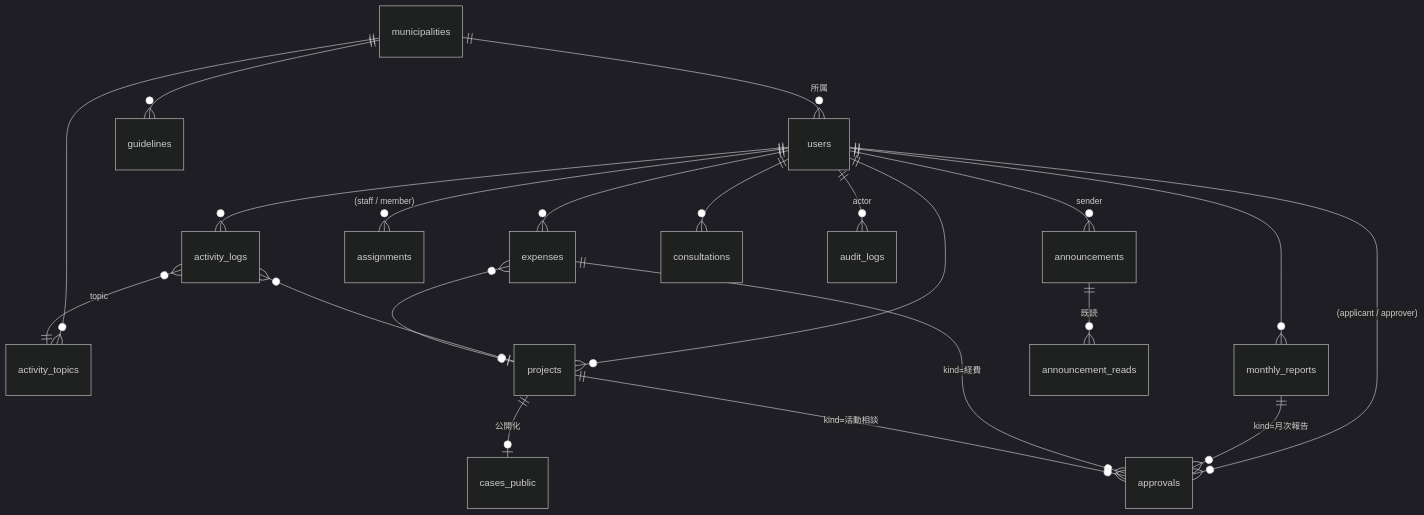
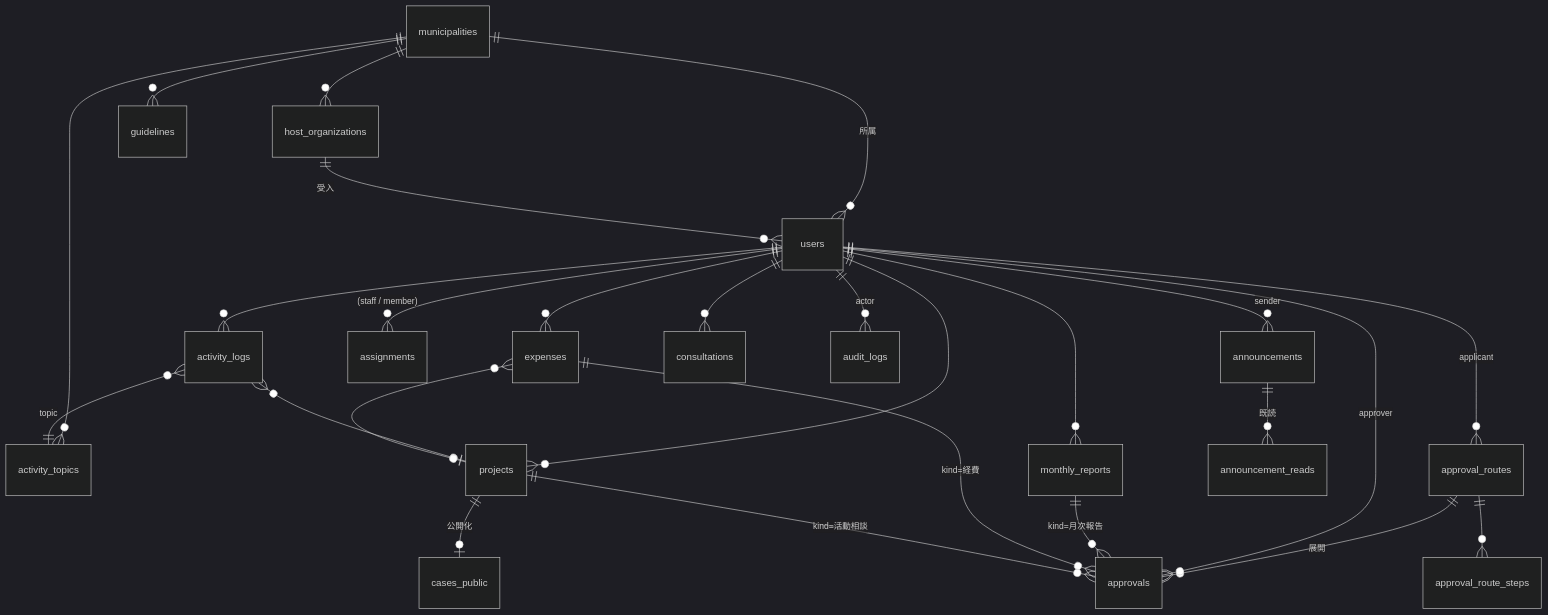
Diagram 11 of 11 in docs/22_v5_data_model.md (masa-dev-2000/kyoryokutai_support), drawn with Mermaid (dark theme) before and after one commit. The commit also changed other lines of this file and 3 other files, not shown here.

````diff
--- a/docs/22_v5_data_model.md
+++ b/docs/22_v5_data_model.md
@@ -217,23 +240,28 @@
 ```mermaid
 erDiagram
+  municipalities ||--o{ host_organizations : ""
   municipalities ||--o{ users : "所属"
+  host_organizations ||--o{ users : "受入"
   municipalities ||--o{ activity_topics : ""
   municipalities ||--o{ guidelines : ""
   users ||--o{ activity_logs : ""
   users ||--o{ expenses : ""
   users ||--o{ monthly_reports : ""
   users ||--o{ projects : ""
   users ||--o{ assignments : "(staff / member)"
-  users ||--o{ approvals : "(applicant / approver)"
+  users ||--o{ approval_routes : "applicant"
+  approval_routes ||--o{ approval_route_steps : ""
+  approval_routes ||--o{ approvals : "展開"
+  users ||--o{ approvals : "approver"
   users ||--o{ announcements : "sender"
   users ||--o{ consultations : ""
   users ||--o{ audit_logs : "actor"
   activity_logs }o--|| activity_topics : "topic"
   activity_logs }o--o| projects : ""
   expenses }o--o| projects : ""
   monthly_reports ||--o{ approvals : "kind=月次報告"
   expenses ||--o{ approvals : "kind=経費"
   projects ||--o{ approvals : "kind=活動相談"
   projects ||--o| cases_public : "公開化"
   announcements ||--o{ announcement_reads : "既読"
 ```
````
